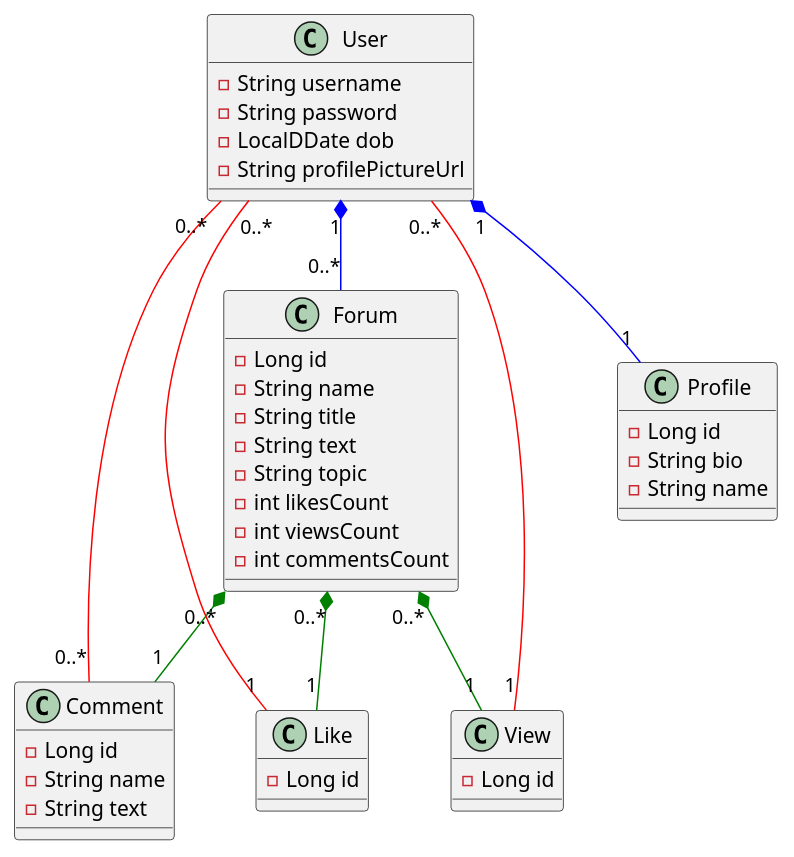
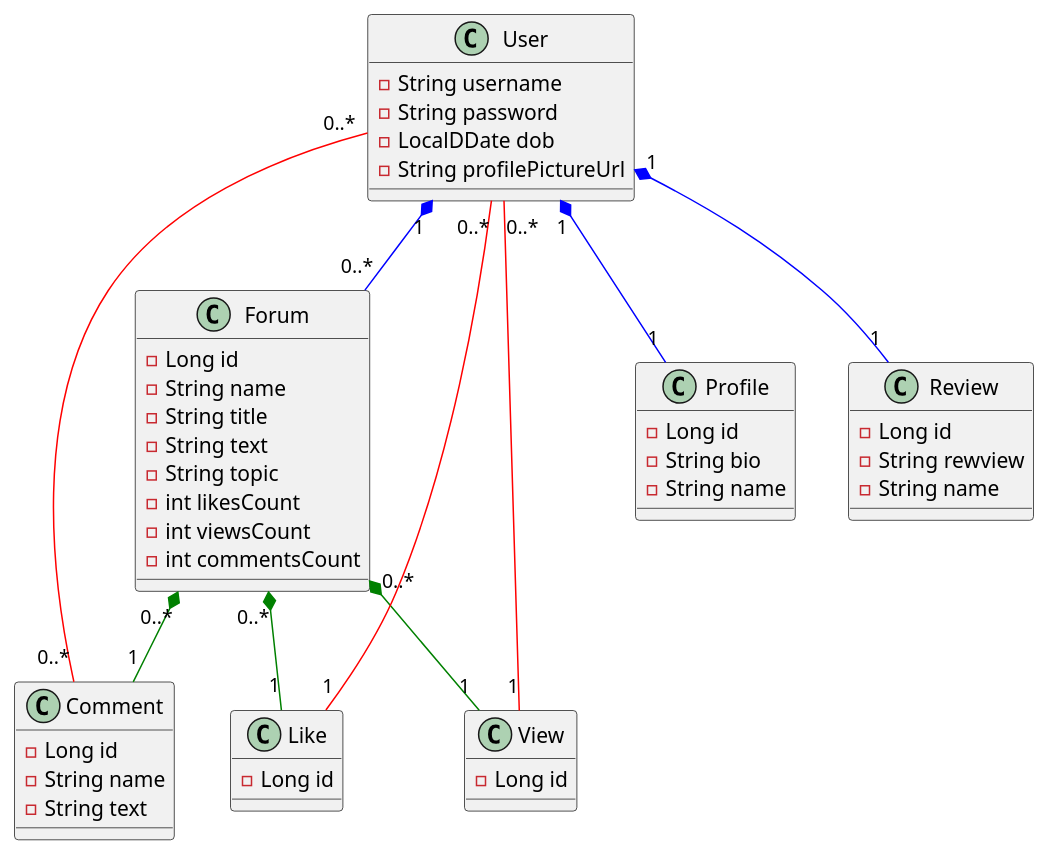
The diagram in src/main/resources/ClassDiagram.puml (TamaraDeBeer/Backend-AutiWomen), drawn with PlantUML before and after one commit. The commit also changed 7 other files, not shown here.

Commit message:
klassendiagram aangepast op de backend entiteiten

```diff
--- a/src/main/resources/ClassDiagram.puml
+++ b/src/main/resources/ClassDiagram.puml
@@ -1,57 +1,64 @@
 @startuml
 'https://plantuml.com/class-diagram
 
 class Forum {
     - Long id
     - String name
     - String title
     - String text
     - String topic
     - int likesCount
     - int viewsCount
     - int commentsCount
     }
 
 class Comment{
     - Long id
     - String name
     - String text
     }
 
 class Like {
     - Long id
     }
 
 class View {
     - Long id
     }
 
 class User {
     - String username
     - String password
     - LocalDDate dob
     - String profilePictureUrl
 }
 
 class Profile {
     - Long id
     - String bio
     - String name
 }
 
+class Review {
+    - Long id
+    - String rewview
+    - String name
+}
+
 User "1" *--[#blue] "1" Profile
+User "1" *--[#blue] "1" Review
 User "1" *--[#blue] "0..*" Forum
 
 Forum "0..*" *--[#green] "1" Comment
 Forum "0..*" *--[#green] "1" Like
 Forum "0..*" *--[#green] "1" View
 
 User "0..*" --[#red] "0..*" Comment
 User "0..*" --[#red] "1" Like
 User "0..*" --[#red] "1" View
 
 'Comment "1" *--[#purple] "1" User
 'Like "1" *--[#purple] "1" User
 'View "1" *--[#purple] "1" User
 
 @enduml
```
